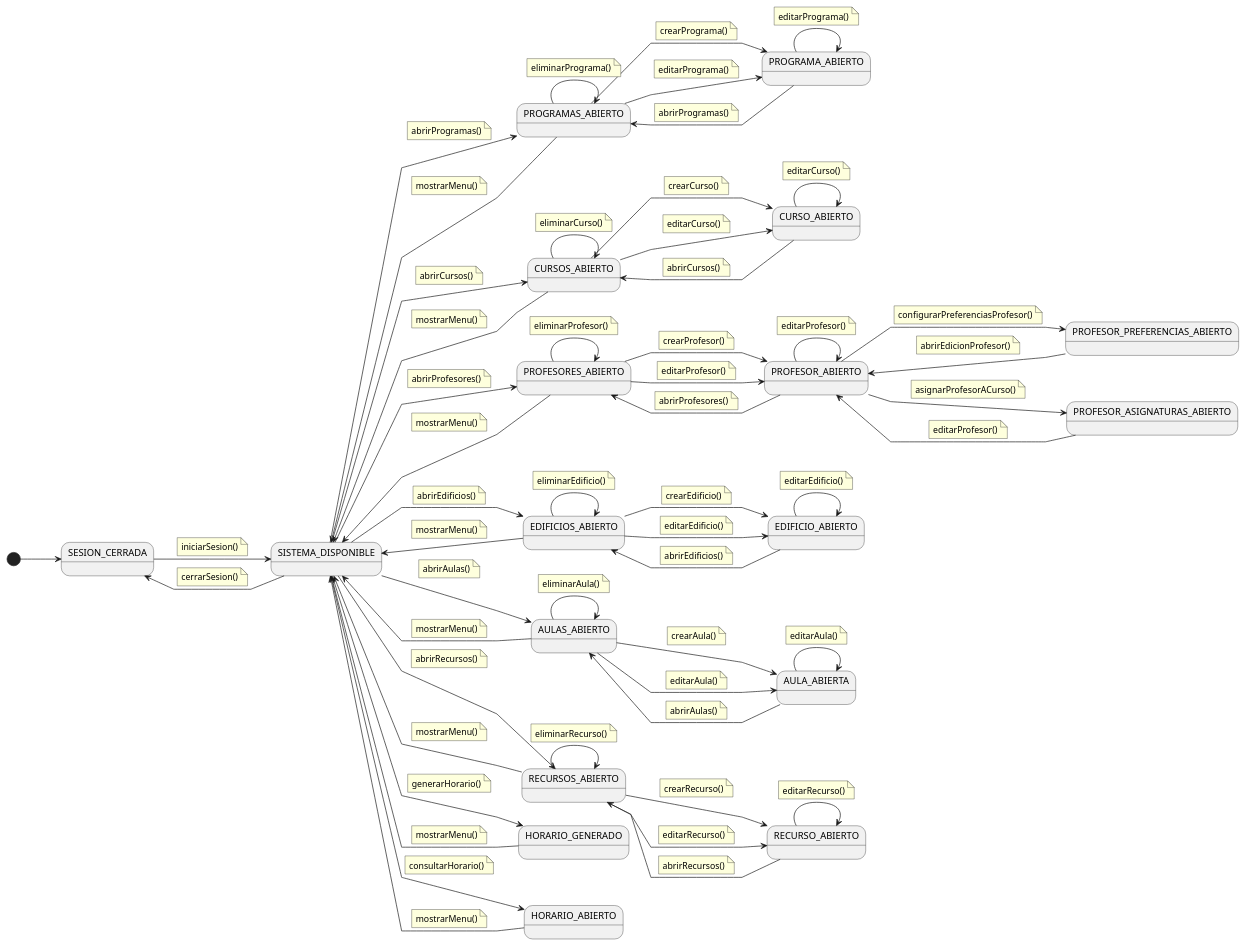
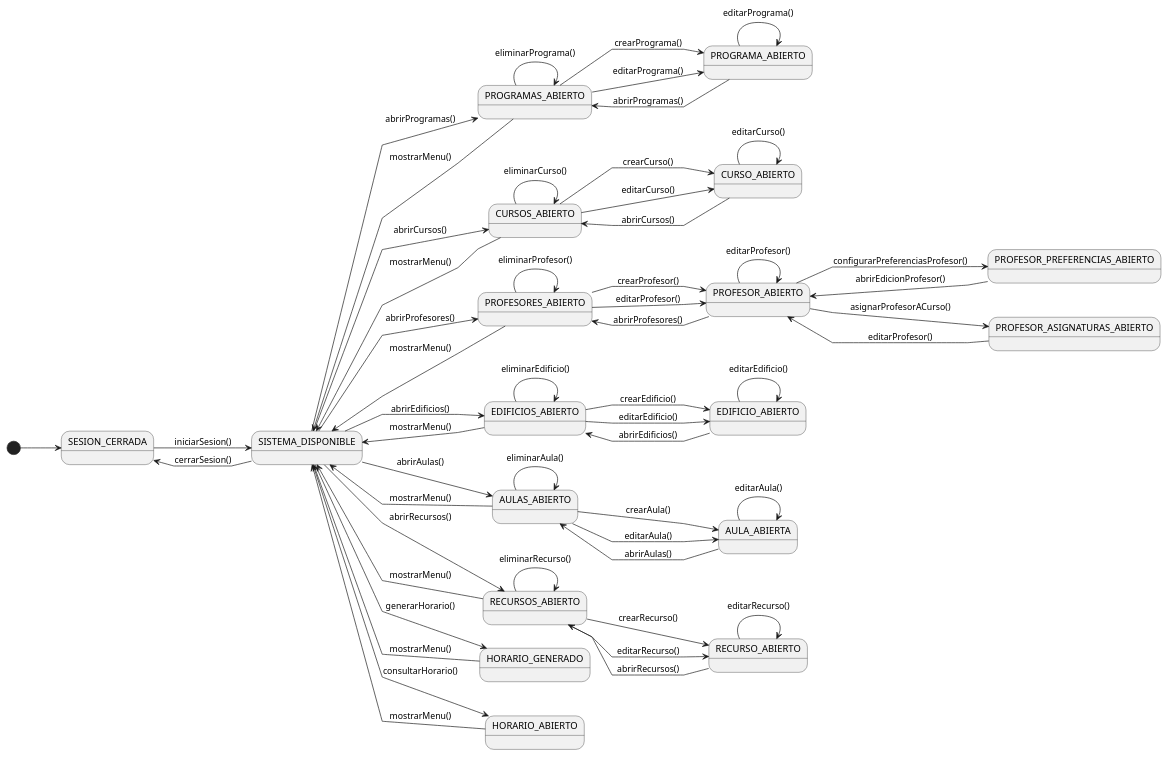
One commit to Hexcss/scheduler changed the diagram in RUP/00-casos-uso/01-actores-casos-uso/diagrama-contexto-administrador.puml. Above: the diagram before and after it, drawn with PlantUML. The commit also changed 4 other files, not shown here.

```diff
--- a/RUP/00-casos-uso/01-actores-casos-uso/diagrama-contexto-administrador.puml
+++ b/RUP/00-casos-uso/01-actores-casos-uso/diagrama-contexto-administrador.puml
@@ -26,266 +26,76 @@
 
 [*] --> NoAuth
 
-NoAuth --> Menu
-    note on link
-        iniciarSesion()
-    end note
+NoAuth --> Menu : iniciarSesion()
 
-Menu --> NoAuth
-    note on link
-        cerrarSesion()
-    end note
+Menu --> NoAuth : cerrarSesion()
+Menu --> ListProgramas: abrirProgramas()
+Menu --> ListCursos: abrirCursos()
+Menu --> ListProfesores: abrirProfesores()
+Menu --> ListEdificios: abrirEdificios()
+Menu --> ListAulas: abrirAulas()
+Menu --> ListRecursos: abrirRecursos()
+Menu --> Generacion: generarHorario()
+Menu --> Consulta: consultarHorario()
 
-Menu --> ListProgramas
-    note on link
-        abrirProgramas()
-    end note
+EditProfesor --> Asignaciones: asignarProfesorACurso()
 
-Menu --> ListCursos
-    note on link
-        abrirCursos()
-    end note
-
-Menu --> ListProfesores
-    note on link
-        abrirProfesores()
-    end note
-
-Menu --> ListEdificios
-    note on link
-        abrirEdificios()
-    end note
-
-Menu --> ListAulas
-    note on link
-        abrirAulas()
-    end note
-
-Menu --> ListRecursos
-    note on link
-        abrirRecursos()
-    end note
-
-EditProfesor --> Asignaciones
-    note on link
-        asignarProfesorACurso()
-    end note
-
-Asignaciones --> EditProfesor
-    note on link
-        editarProfesor()
-    end note
-
-Menu --> Generacion
-    note on link
-        generarHorario()
-    end note
-
-Menu --> Consulta
-    note on link
-        consultarHorario()
-    end note
-
-ListProgramas --> EditPrograma
-    note on link
-        crearPrograma()
-    end note
-
-ListProgramas --> EditPrograma
-    note on link
-        editarPrograma()
-    end note
-
-ListProgramas --> ListProgramas
-    note on link
-        eliminarPrograma()
-    end note
-
-EditPrograma --> EditPrograma
-    note on link
-        editarPrograma()
-    end note
-
-EditPrograma --> ListProgramas
-    note on link
-        abrirProgramas()
-    end note
-
-ListCursos --> EditCurso
-    note on link
-        crearCurso()
-    end note
-
-ListCursos --> EditCurso
-    note on link
-        editarCurso()
-    end note
-
-ListCursos --> ListCursos
-    note on link
-        eliminarCurso()
-    end note
-
-EditCurso --> EditCurso
-    note on link
-        editarCurso()
-    end note
-
-EditCurso --> ListCursos
-    note on link
-        abrirCursos()
-    end note
-
-ListProfesores --> EditProfesor
-    note on link
-        crearProfesor()
-    end note
-
-ListProfesores --> EditProfesor
-    note on link
-        editarProfesor()
-    end note
-
-ListProfesores --> ListProfesores
-    note on link
-        eliminarProfesor()
-    end note
-
-EditProfesor --> EditProfesor
-    note on link
-        editarProfesor()
-    end note
-
-EditProfesor --> EditProfesorPreferencias
-    note on link
-        configurarPreferenciasProfesor()
-    end note
-
-EditProfesorPreferencias --> EditProfesor
-    note on link
-        abrirEdicionProfesor()
-    end note
-    
-EditProfesor --> ListProfesores
-    note on link
-        abrirProfesores()
-    end note
-
-ListEdificios --> EditEdificio
-    note on link
-        crearEdificio()
-    end note
-
-ListEdificios --> EditEdificio
-    note on link
-        editarEdificio()
-    end note
-
-ListEdificios --> ListEdificios
-    note on link
-        eliminarEdificio()
-    end note
-
-EditEdificio --> EditEdificio
-    note on link
-        editarEdificio()
-    end note
-
-EditEdificio --> ListEdificios
-    note on link
-        abrirEdificios()
-    end note
-
-ListAulas --> EditAula
-    note on link
-        crearAula()
-    end note
-
-ListAulas --> EditAula
-    note on link
-        editarAula()
-    end note
-
-ListAulas --> ListAulas
-    note on link
-        eliminarAula()
-    end note
-
-EditAula --> EditAula
-    note on link
-        editarAula()
-    end note
-
-EditAula --> ListAulas
-    note on link
-        abrirAulas()
-    end note
-
-ListRecursos --> EditRecurso
-    note on link
-        crearRecurso()
-    end note
-
-ListRecursos --> EditRecurso
-    note on link
-        editarRecurso()
-    end note
-
-ListRecursos --> ListRecursos
-    note on link
-        eliminarRecurso()
-    end note
-
-EditRecurso --> EditRecurso
-    note on link
-        editarRecurso()
-    end note
-
-EditRecurso --> ListRecursos
-    note on link
-        abrirRecursos()
-    end note
-
-ListProgramas --> Menu
-    note on link
-        mostrarMenu()
-    end note
-
-ListCursos --> Menu
-    note on link
-        mostrarMenu()
-    end note
-
-ListProfesores --> Menu
-    note on link
-        mostrarMenu()
-    end note
-
-ListEdificios --> Menu
-    note on link
-        mostrarMenu()
-    end note
-
-ListAulas --> Menu
-    note on link
-        mostrarMenu()
-    end note
-
-ListRecursos --> Menu
-    note on link
-        mostrarMenu()
-    end note
+Asignaciones --> EditProfesor: editarProfesor()
 
 
+ListProgramas --> EditPrograma: crearPrograma()
+ListProgramas --> EditPrograma: editarPrograma()
+ListProgramas --> ListProgramas: eliminarPrograma()
 
-Generacion --> Menu
-    note on link
-        mostrarMenu()
-    end note
+EditPrograma --> EditPrograma: editarPrograma()
+EditPrograma --> ListProgramas: abrirProgramas()
 
-Consulta --> Menu
-    note on link
-        mostrarMenu()
-    end note
+ListCursos --> EditCurso: crearCurso()
+ListCursos --> EditCurso: editarCurso()
+ListCursos --> ListCursos: eliminarCurso()
+
+EditCurso --> EditCurso: editarCurso()
+EditCurso --> ListCursos: abrirCursos()
+
+ListProfesores --> EditProfesor: crearProfesor()
+ListProfesores --> EditProfesor: editarProfesor()
+ListProfesores --> ListProfesores: eliminarProfesor()
+
+EditProfesor --> EditProfesor: editarProfesor()
+EditProfesor --> EditProfesorPreferencias: configurarPreferenciasProfesor()
+EditProfesor --> ListProfesores: abrirProfesores()
+
+EditProfesorPreferencias --> EditProfesor: abrirEdicionProfesor()
+
+
+ListEdificios --> EditEdificio: crearEdificio()
+ListEdificios --> EditEdificio: editarEdificio()
+ListEdificios --> ListEdificios: eliminarEdificio()
+EditEdificio --> EditEdificio: editarEdificio()
+
+EditEdificio --> ListEdificios: abrirEdificios()
+
+ListAulas --> EditAula: crearAula()
+ListAulas --> EditAula: editarAula()
+ListAulas --> ListAulas: eliminarAula()
+
+EditAula --> EditAula: editarAula()
+EditAula --> ListAulas: abrirAulas()
+
+ListRecursos --> EditRecurso: crearRecurso()
+ListRecursos --> EditRecurso: editarRecurso()
+ListRecursos --> ListRecursos: eliminarRecurso()
+
+EditRecurso --> EditRecurso: editarRecurso()
+EditRecurso --> ListRecursos: abrirRecursos()
+
+ListProgramas --> Menu: mostrarMenu()
+ListCursos --> Menu: mostrarMenu()
+ListProfesores --> Menu: mostrarMenu()
+ListEdificios --> Menu: mostrarMenu()
+ListAulas --> Menu: mostrarMenu()
+ListRecursos --> Menu: mostrarMenu()
+Generacion --> Menu: mostrarMenu()
+Consulta --> Menu: mostrarMenu()
 
 @enduml
```
